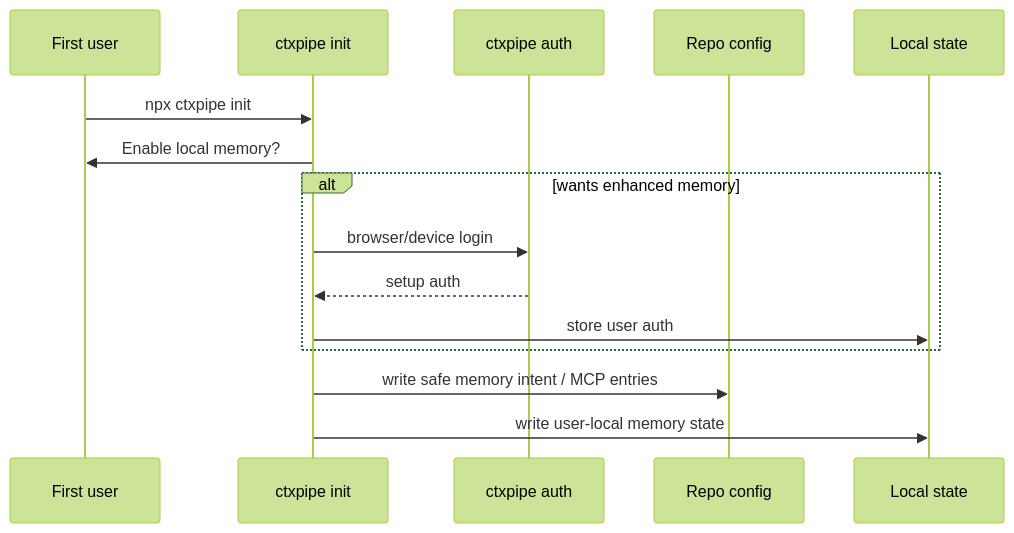
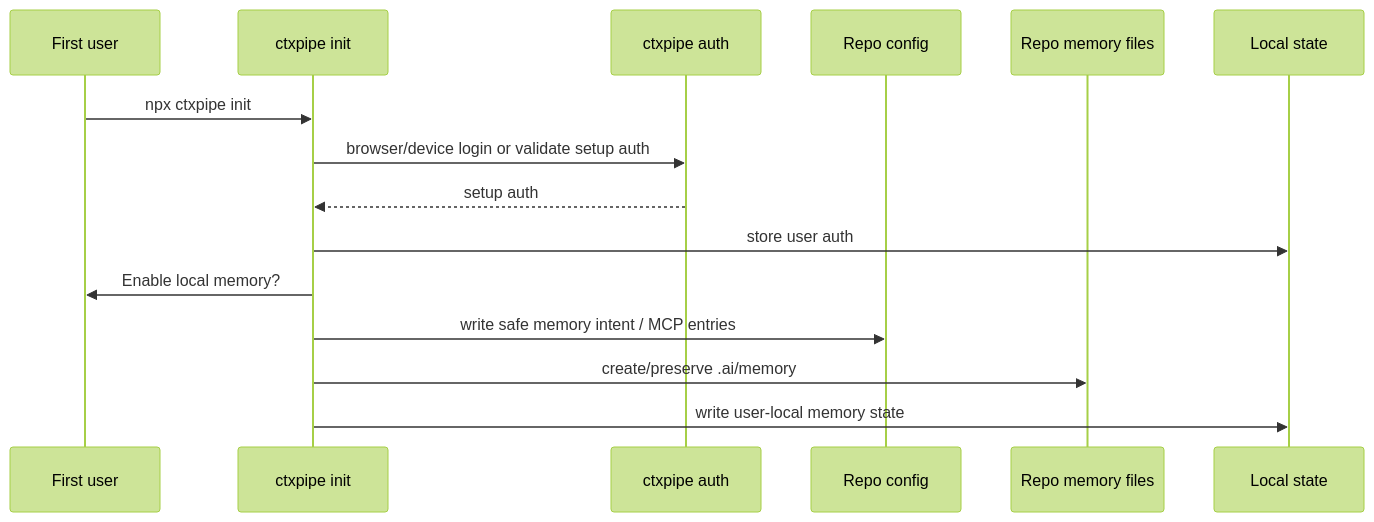
Before and after one commit to ctxpipe-ai/ctxpipe: the third of 5 diagrams in .ai/memory/decisions/ADR-021-local-agent-memory-agentmemory-hybrid-mcp-proxy.md, drawn with Mermaid (forest theme). The commit also changed other lines of this file and 1 other file, not shown here.

````diff
--- a/.ai/memory/decisions/ADR-021-local-agent-memory-agentmemory-hybrid-mcp-proxy.md
+++ b/.ai/memory/decisions/ADR-021-local-agent-memory-agentmemory-hybrid-mcp-proxy.md
@@ -456,18 +655,18 @@
 ```mermaid
 sequenceDiagram
   participant U1 as First user
   participant Init as ctxpipe init
   participant Auth as ctxpipe auth
   participant Repo as Repo config
+  participant Files as Repo memory files
   participant Local as Local state
 
   U1->>Init: npx ctxpipe init
+  Init->>Auth: browser/device login or validate setup auth
+  Auth-->>Init: setup auth
+  Init->>Local: store user auth
   Init->>U1: Enable local memory?
-  alt wants enhanced memory
-    Init->>Auth: browser/device login
-    Auth-->>Init: setup auth
-    Init->>Local: store user auth
-  end
   Init->>Repo: write safe memory intent / MCP entries
+  Init->>Files: create/preserve .ai/memory
   Init->>Local: write user-local memory state
 ```
````
